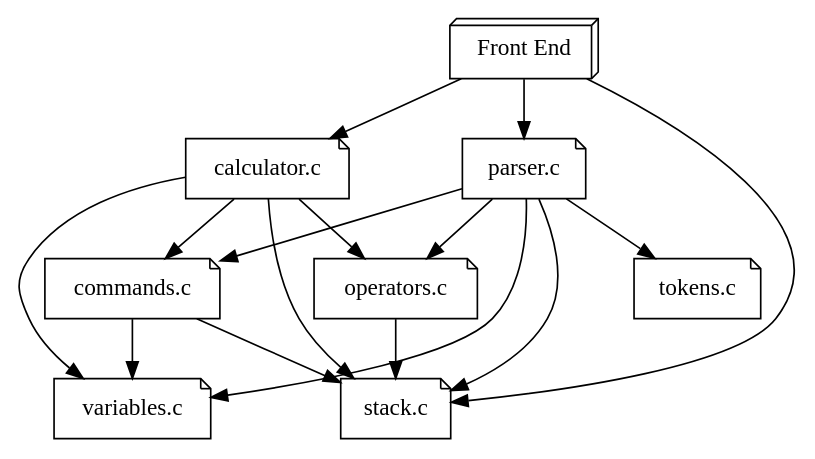
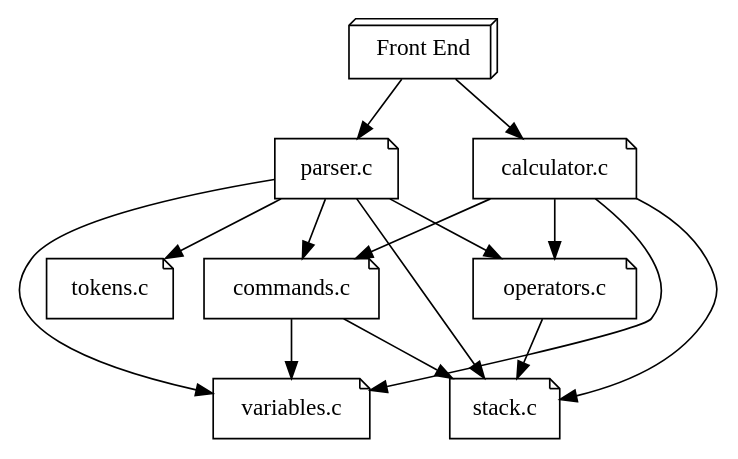
The diagram in doc/module_graph.dot (kinghajj/rpn), drawn with Graphviz before and after one commit. The commit also changed 1 other file, not shown here.

Commit message:
Changed console's front-end so that it doesn't call functions in stack.c. Will change other front-ends later similarly. Also changed module graph to reflect the loss of a dependency.
	modified:   doc/module_graph.dot
	modified:   src/console/main.c

```diff
--- a/doc/module_graph.dot
+++ b/doc/module_graph.dot
@@ -1,31 +1,30 @@
 digraph module_graph
 {
 	front      [label="Front End" shape="box3d"];
 	calculator [label="calculator.c" shape="note"];
 	parser     [label="parser.c" shape="note"];
 	tokens     [label="tokens.c" shape="note"];
 	commands   [label="commands.c" shape="note"];
 	operators  [label="operators.c" shape="note"];
 	variables  [label="variables.c" shape="note"];
 	stack      [label="stack.c" shape="note"];
 
 	front -> calculator;
 	front -> parser;
-	front -> stack;
 
 	calculator -> commands;
 	calculator -> operators;
 	calculator -> stack;
 	calculator -> variables;
 
 	parser -> commands;
 	parser -> operators;
 	parser -> stack;
 	parser -> tokens;
 	parser -> variables;
 
 	commands -> stack;
 	commands -> variables;
 
 	operators -> stack;
 }
```
